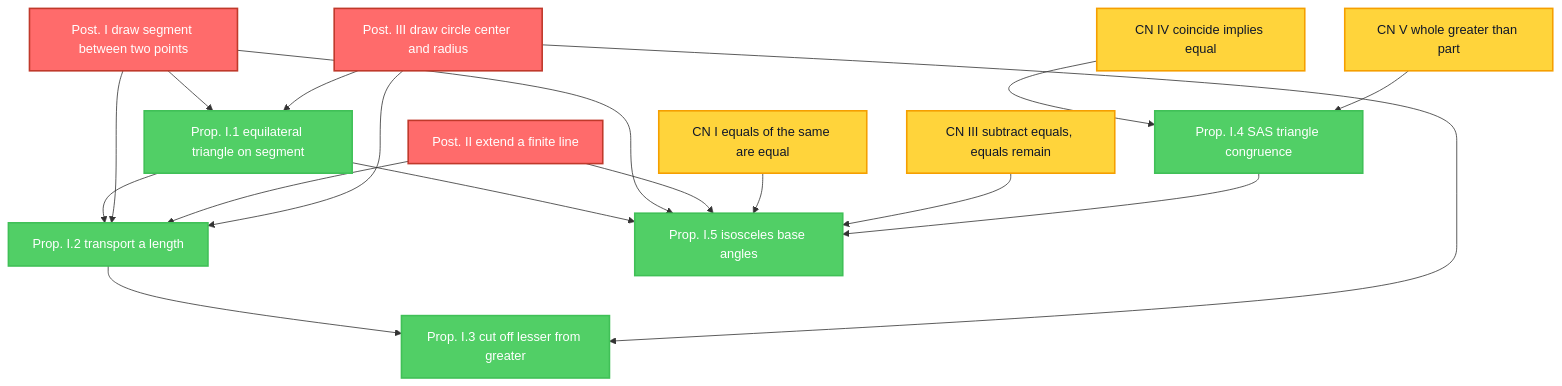
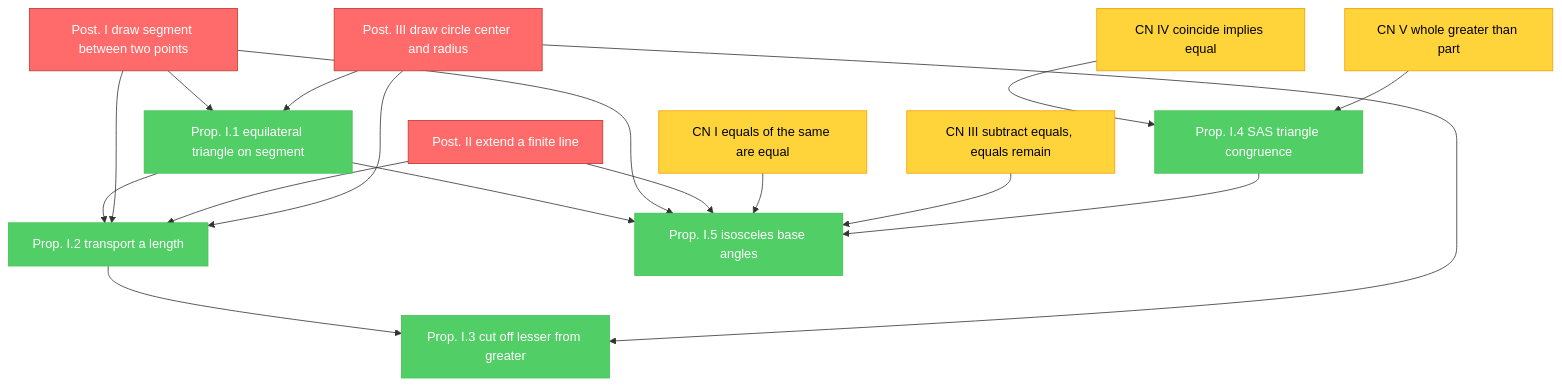
The second of 8 diagrams in collaborations/mathematics-database/algorithms-axiomatic-theories-proofs-revised.md (garywelz/progframe), drawn with Mermaid before and after one commit. The commit also changed other lines of this file and 10 other files, not shown here.

````diff
--- a/collaborations/mathematics-database/algorithms-axiomatic-theories-proofs-revised.md
+++ b/collaborations/mathematics-database/algorithms-axiomatic-theories-proofs-revised.md
@@ -164,37 +166,37 @@
 ```mermaid
 flowchart TD
     P1["Post. I draw segment between two points"]
     P2["Post. II extend a finite line"]
     P3["Post. III draw circle center and radius"]
     CN1["CN I equals of the same are equal"]
     CN3["CN III subtract equals, equals remain"]
     CN4["CN IV coincide implies equal"]
     CN5["CN V whole greater than part"]
     Prop1["Prop. I.1 equilateral triangle on segment"]
     Prop2["Prop. I.2 transport a length"]
     Prop3["Prop. I.3 cut off lesser from greater"]
     Prop4["Prop. I.4 SAS triangle congruence"]
     Prop5["Prop. I.5 isosceles base angles"]
     P1 --> Prop1
     P3 --> Prop1
     Prop1 --> Prop2
     P1 --> Prop2
     P2 --> Prop2
     P3 --> Prop2
     Prop2 --> Prop3
     P3 --> Prop3
     CN4 --> Prop4
     CN5 --> Prop4
     Prop1 --> Prop5
     P1 --> Prop5
     P2 --> Prop5
     CN1 --> Prop5
     CN3 --> Prop5
     Prop4 --> Prop5
-    classDef post fill:#ff6b6b,stroke:#c0392b,color:#fff,stroke-width:2px
-    classDef cn fill:#ffd43b,stroke:#f59f00,color:#0f172a,stroke-width:2px
-    classDef pr fill:#51cf66,stroke:#40c057,color:#fff,stroke-width:2px
-    class P1,P2,P3 post
-    class CN1,CN3,CN4,CN5 cn
-    class Prop1,Prop2,Prop3,Prop4,Prop5 pr
+    classDef red fill:#ff6b6b,color:#fff,stroke:#c0392b
+    classDef yellow fill:#ffd43b,color:#000,stroke:#f59f00
+    classDef green fill:#51cf66,color:#fff,stroke:#40c057
+    class P1,P2,P3 red
+    class CN1,CN3,CN4,CN5 yellow
+    class Prop1,Prop2,Prop3,Prop4,Prop5 green
 ```
````
